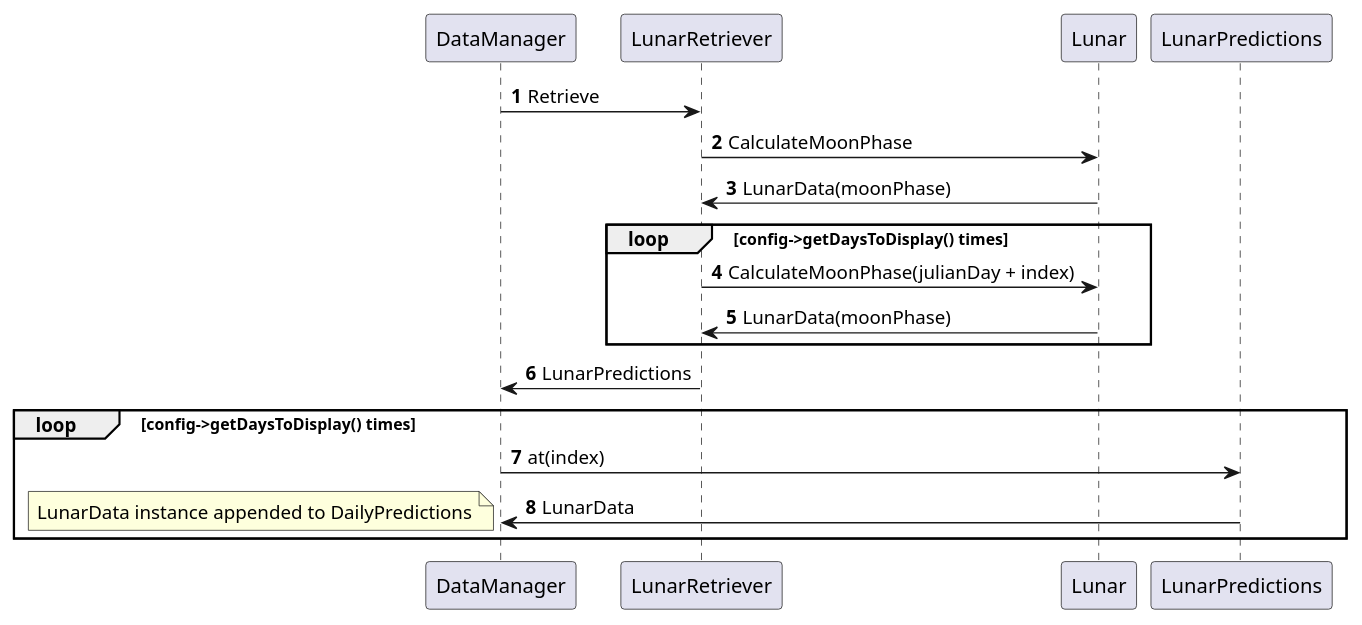
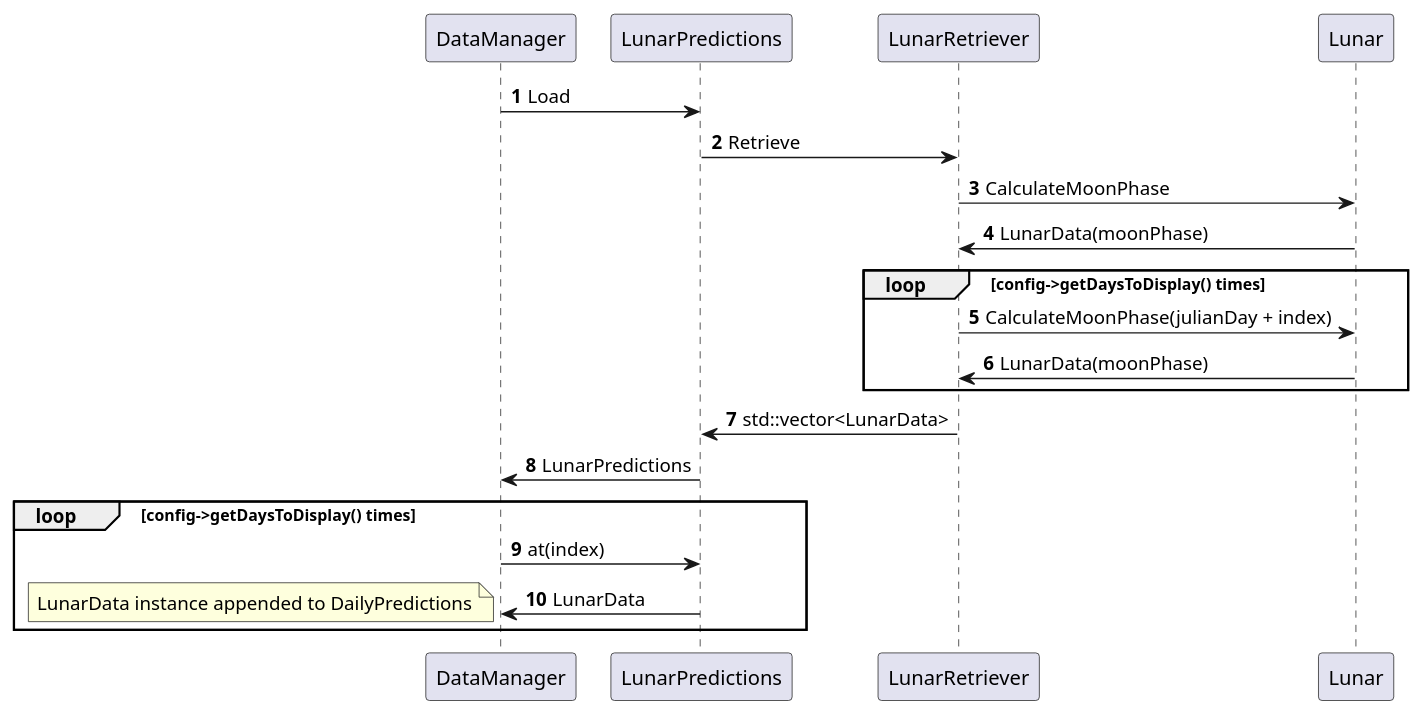
One commit to ciroque/tidal changed the diagram in docs/LunarDataETL.puml. Above: the diagram before and after it, drawn with PlantUML. The commit also changed 1 other file, not shown here.

```diff
--- a/docs/LunarDataETL.puml
+++ b/docs/LunarDataETL.puml
@@ -1,23 +1,25 @@
-+@startuml
+@startuml
 'https://plantuml.com/sequence-diagram
 
 autonumber
 
-DataManager -> LunarRetriever : Retrieve
+DataManager -> LunarPredictions : Load
+
+LunarPredictions -> LunarRetriever : Retrieve
 LunarRetriever -> Lunar : CalculateMoonPhase
-Lunar -> LunarRetriever : LunarData(moonPhase)
-
+LunarRetriever <- Lunar : LunarData(moonPhase)
 loop config->getDaysToDisplay() times
     LunarRetriever -> Lunar : CalculateMoonPhase(julianDay + index)
-    Lunar -> LunarRetriever : LunarData(moonPhase)
+    LunarRetriever <- Lunar : LunarData(moonPhase)
 end
+LunarPredictions <- LunarRetriever : std::vector<LunarData>
 
-DataManager <- LunarRetriever : LunarPredictions
+DataManager <- LunarPredictions : LunarPredictions
 
 loop config->getDaysToDisplay() times
     DataManager -> LunarPredictions : at(index)
     DataManager <- LunarPredictions : LunarData
     note left : LunarData instance appended to DailyPredictions
 end
 
 @enduml
```
